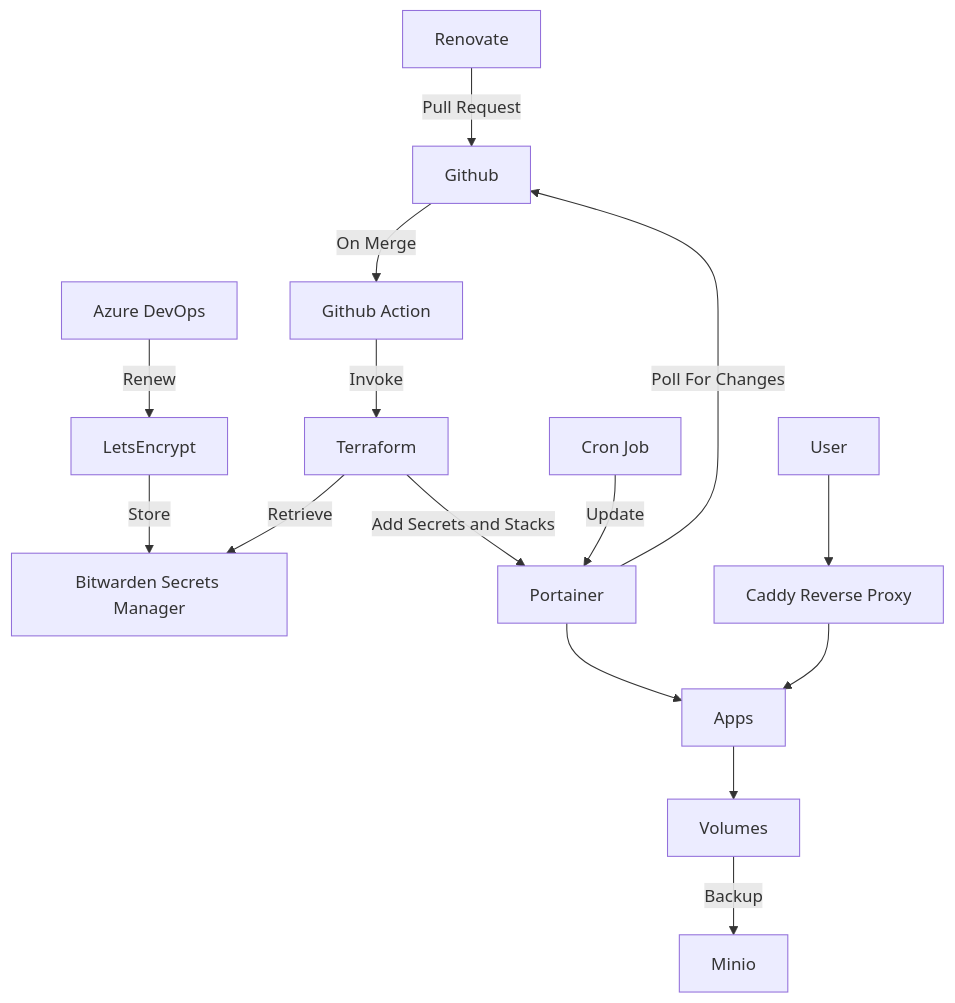
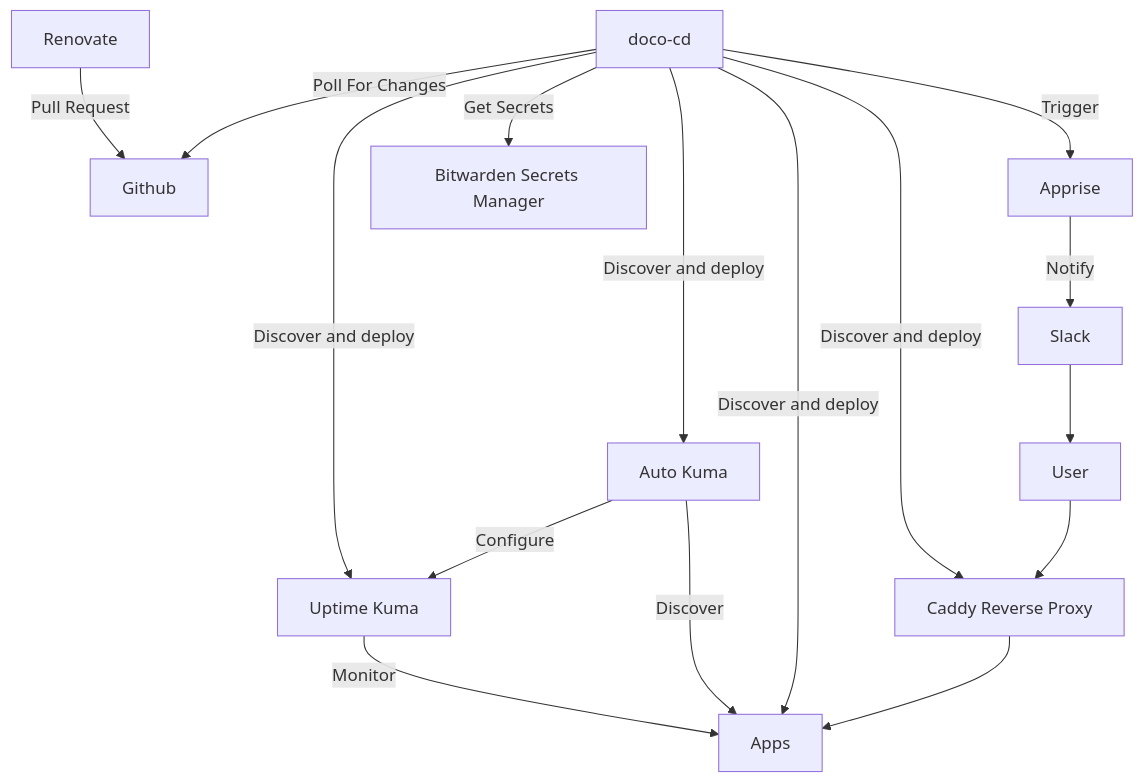
Before and after one commit to jamesdkelly88/monitoring-lab: the diagram in README.md, drawn with Mermaid. The commit also changed other lines of this file and 14 other files, not shown here.

````diff
--- a/README.md
+++ b/README.md
@@ -6,32 +7,30 @@
 ```mermaid
 flowchart TD
+    d["doco-cd"]
     r["Renovate"]
     a["Apps"]
-    ado["Azure DevOps"]
+    c["Caddy Reverse Proxy"]
+    gh["Github"]
+    u["User"]
+    k["Uptime Kuma"]
+    ak["Auto Kuma"]
+    n["Apprise"]
+    sl["Slack"]
     bws["Bitwarden Secrets Manager"]
-    c["Caddy Reverse Proxy"]
-    cj["Cron Job"]
-    p["Portainer"]
-    gh["Github"]
-    gha["Github Action"]
-    le["LetsEncrypt"]
-    m["Minio"]
-    tf["Terraform"]
-    u["User"]
-    v["Volumes"]
 
-    ado -- Renew --> le
-    le -- Store --> bws
-    tf -- Retrieve --> bws
-    tf -- Add Secrets and Stacks --> p --> a
-    p -- Poll For Changes --> gh
-    gh -- On Merge --> gha
-    gha -- Invoke --> tf
+    d -- Get Secrets --> bws
+    d -- Poll For Changes --> gh
     u --> c --> a
-    a --> v -- Backup --> m
-    cj -- Update --> p
     r -- Pull Request --> gh
+    d -- Discover and deploy --> a
+    d -- Trigger --> n -- Notify --> sl --> u
+    ak -- Discover --> a
+    ak -- Configure --> k
+    k -- Monitor --> a
+    d -- Discover and deploy --> k
+    d -- Discover and deploy --> ak
+    d -- Discover and deploy --> c
 
 
 
 ```
````
